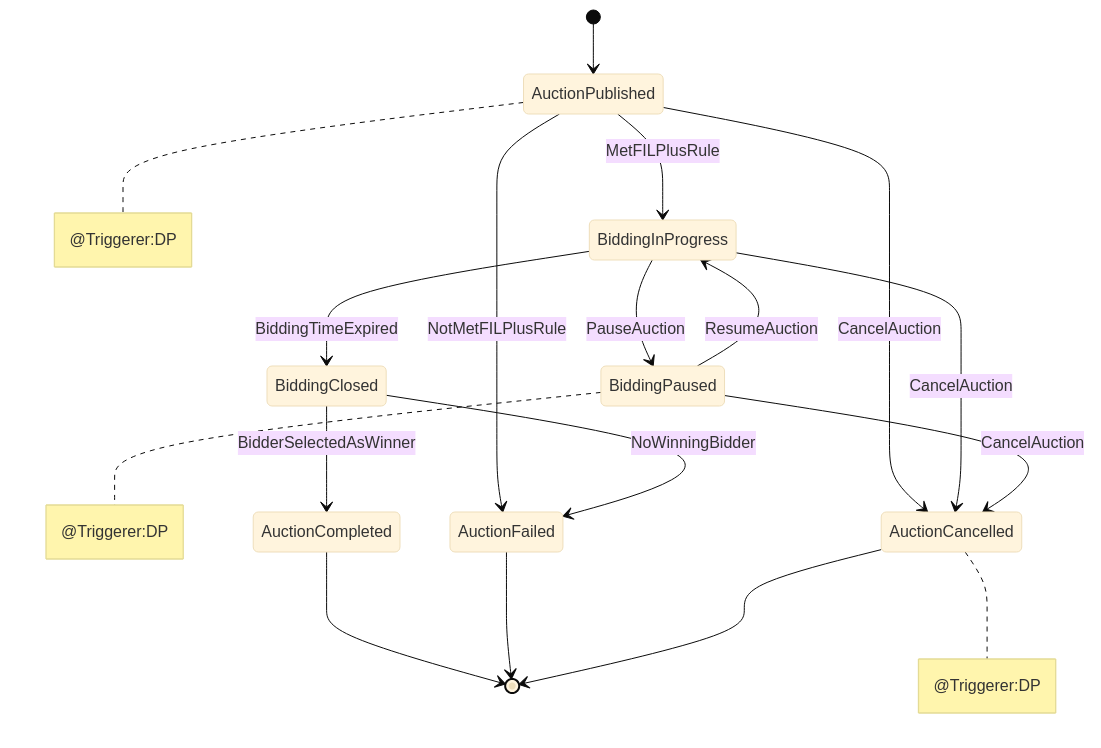
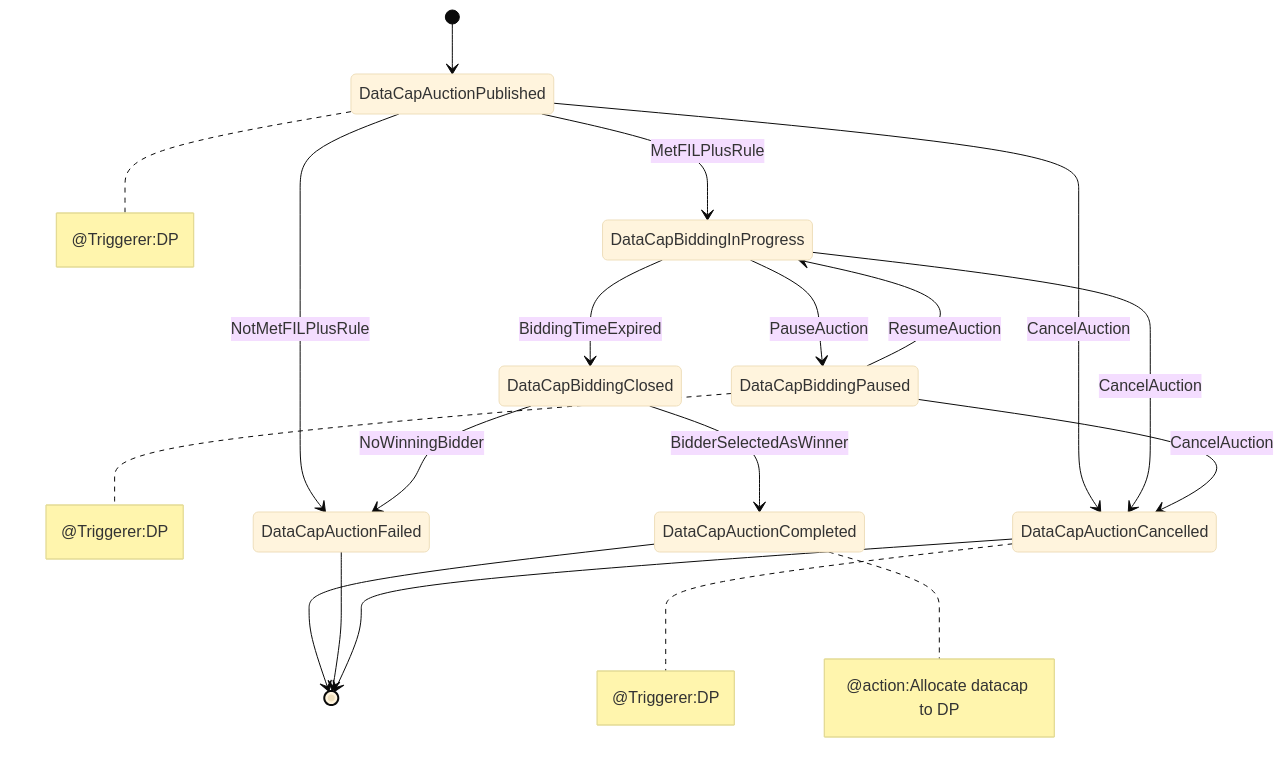
Before and after one commit to dataswap/specs: the second of 2 diagrams in systems/README.md, drawn with Mermaid (base theme). The commit also changed other lines of this file, not shown here.

Commit message:
rename DataCapAuction

````diff
--- a/systems/README.md
+++ b/systems/README.md
@@ -141,27 +141,30 @@
 ```mermaid
 stateDiagram
-    [*] --> AuctionPublished
-    AuctionPublished --> BiddingInProgress:MetFILPlusRule
-    AuctionPublished --> AuctionFailed:NotMetFILPlusRule
-    BiddingInProgress --> BiddingPaused:PauseAuction
-    BiddingPaused --> BiddingInProgress:ResumeAuction
-    AuctionPublished --> AuctionCancelled:CancelAuction
-    BiddingInProgress --> AuctionCancelled:CancelAuction
-    BiddingPaused --> AuctionCancelled:CancelAuction
-    BiddingInProgress --> BiddingClosed:BiddingTimeExpired
-    BiddingClosed --> AuctionCompleted:BidderSelectedAsWinner
-    BiddingClosed --> AuctionFailed:NoWinningBidder
-    AuctionCompleted --> [*]
-    AuctionFailed --> [*]
-    AuctionCancelled --> [*] 
+    [*] --> DataCapAuctionPublished
+    DataCapAuctionPublished  --> DataCapBiddingInProgress:MetFILPlusRule
+    DataCapAuctionPublished  --> DataCapAuctionFailed:NotMetFILPlusRule
+    DataCapBiddingInProgress --> DataCapBiddingPaused:PauseAuction
+    DataCapBiddingPaused     --> DataCapBiddingInProgress:ResumeAuction
+    DataCapAuctionPublished  --> DataCapAuctionCancelled:CancelAuction
+    DataCapBiddingInProgress --> DataCapAuctionCancelled:CancelAuction
+    DataCapBiddingPaused     --> DataCapAuctionCancelled:CancelAuction
+    DataCapBiddingInProgress --> DataCapBiddingClosed:BiddingTimeExpired
+    DataCapBiddingClosed     --> DataCapAuctionCompleted:BidderSelectedAsWinner
+    DataCapBiddingClosed     --> DataCapAuctionFailed:NoWinningBidder
+    DataCapAuctionCompleted --> [*]
+    DataCapAuctionFailed --> [*]
+    DataCapAuctionCancelled --> [*] 
 
-    note right of AuctionPublished 
+    note right of DataCapAuctionPublished 
       @Triggerer:DP
     end note
-    note right of BiddingPaused
+    note right of DataCapBiddingPaused
       @Triggerer:DP
     end note
-    note right of AuctionCancelled 
+    note right of DataCapAuctionCancelled 
       @Triggerer:DP
     end note
+    note right of DataCapAuctionCompleted
+      @action:Allocate datacap to DP
+    end note
 ```
````
